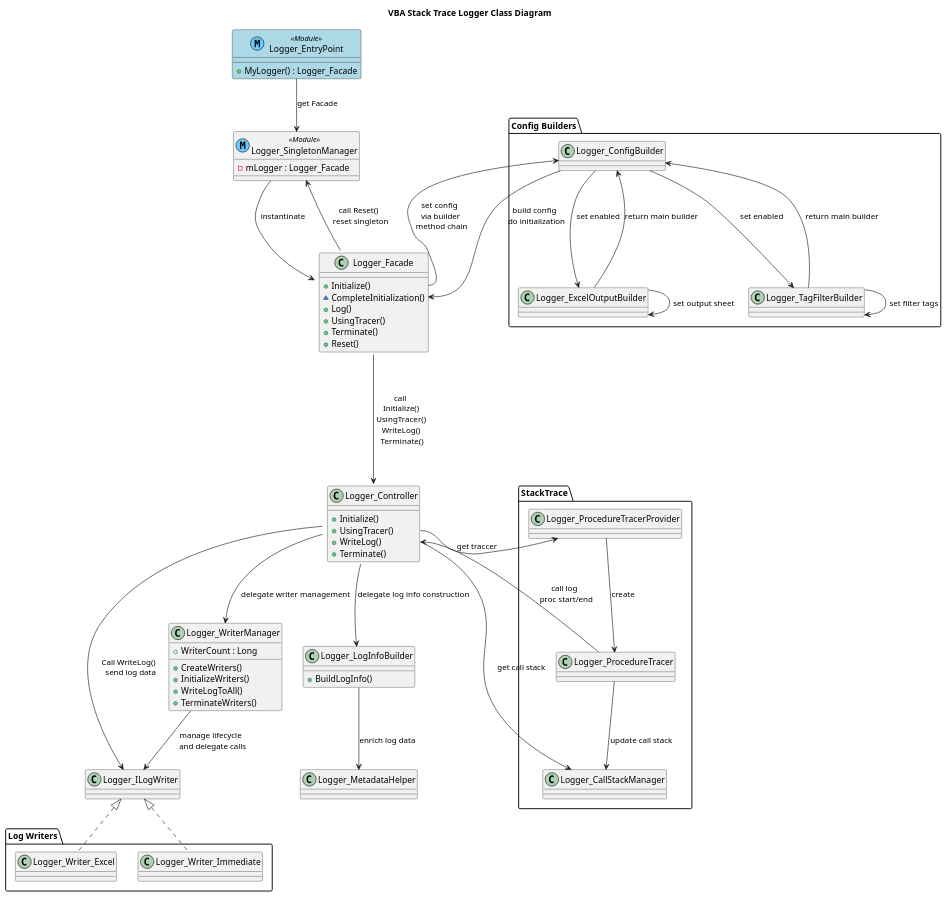
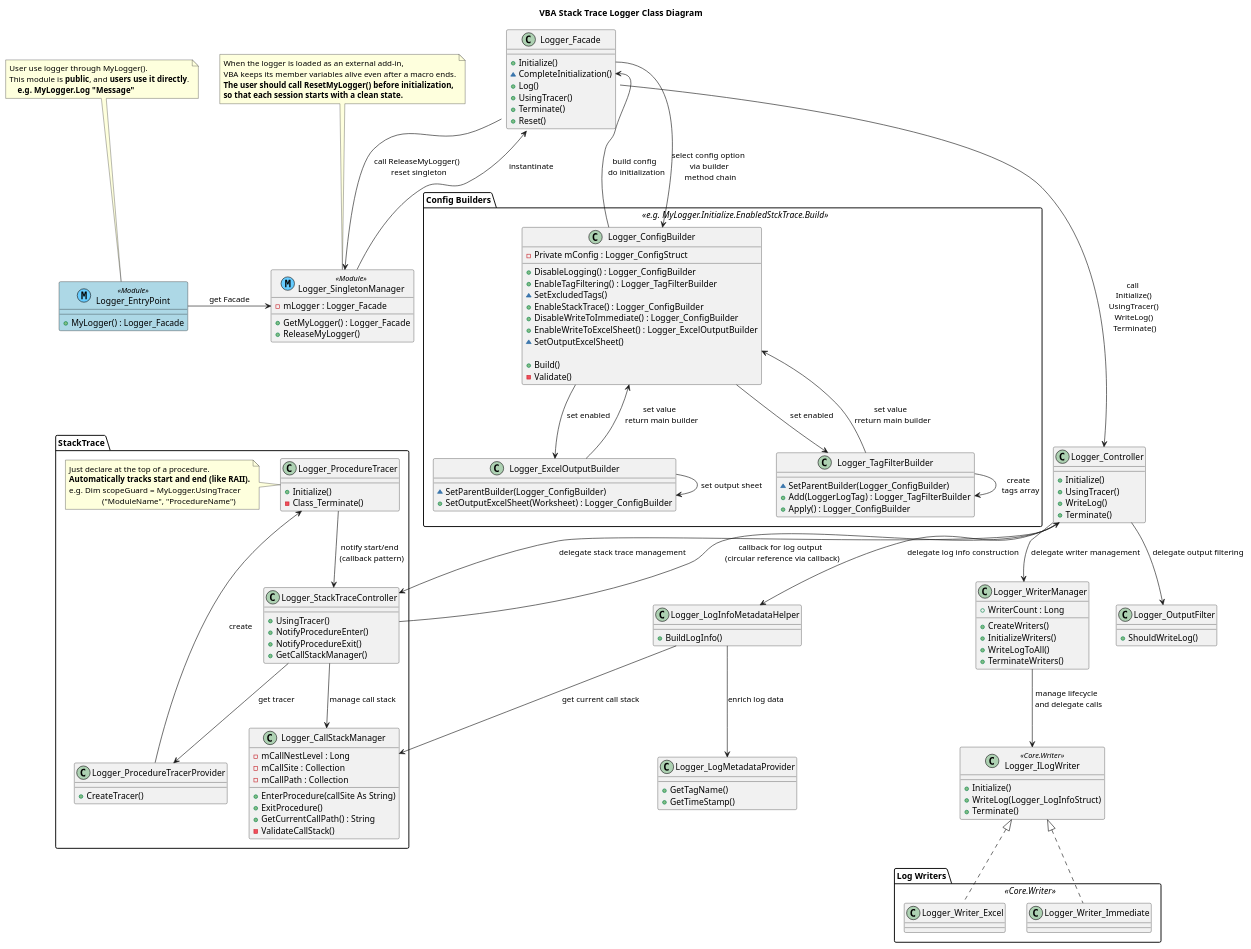
The diagram in docs/クラス図.puml (ryuryu333/vba_stack_trace_logger), drawn with PlantUML before and after one commit.

Commit message:
クラス図を更新

```diff
--- a/docs/クラス図.puml
+++ b/docs/クラス図.puml
@@ -1,15 +1,26 @@
 @startuml Class Diagram
 title VBA Stack Trace Logger Class Diagram
 
-' User use logger through Logger_EntryPoint.MyLogger
-' e.g. MyLogger.Log "Message"
 class Logger_EntryPoint << (M,66CCFF) Module >> #LightBlue ##black {
     + MyLogger() : Logger_Facade
 }
+note top of Logger_EntryPoint
+    User use logger through MyLogger().
+    This module is **public**, and **users use it directly**.
+        **e.g. MyLogger.Log "Message"**
+end note
 
 class Logger_SingletonManager << (M,66CCFF) Module >> {
     - mLogger : Logger_Facade
+    + GetMyLogger() : Logger_Facade
+    + ReleaseMyLogger()
 }
+note top of Logger_SingletonManager
+    When the logger is loaded as an external add-in,
+    VBA keeps its member variables alive even after a macro ends.
+    **The user should call ResetMyLogger() before initialization,**
+    **so that each session starts with a clean state.**
+end note
 
 ' Logger API
 class Logger_Facade {
@@ -20,10 +31,6 @@
     + Terminate()
     + Reset()
 }
-
-Logger_EntryPoint --> Logger_SingletonManager : get Facade
-Logger_SingletonManager --> Logger_Facade : instantinate
-Logger_Facade --> Logger_SingletonManager : call Reset() \n reset singleton
 
 ' Logger main logic
 ' e.g. "Logger_Facade.log" call "Logger_Controller.WriteLog"
@@ -44,86 +51,149 @@
 }
 
 ' Log information construction - extracted from Controller
-class Logger_LogInfoBuilder {
+class Logger_LogInfoMetadataHelper {
     + BuildLogInfo()
 }
 
-Logger_Facade ---> Logger_Controller : call \n Initialize() \n UsingTracer() \n WriteLog() \n Terminate()
-Logger_Controller --> Logger_WriterManager : delegate writer management
-Logger_Controller --> Logger_LogInfoBuilder : delegate log info construction
+' Metadata provider for log information
+class Logger_LogMetadataProvider {
+    + GetTagName()
+    + GetTimeStamp()
+}
+
+' Output filtering - extracted from Controller
+class Logger_OutputFilter {
+    + ShouldWriteLog()
+}
 
 ' User initialize logger through Logger_Facade.Initialize
 ' Setting values are defined through builders
 ' e.g. MyLogger.Initialize.EnabledStckTrace.Build
-package "Config Builders" {
+package "Config Builders" <<e.g. MyLogger.Initialize.EnabledStckTrace.Build>> {
     ' Main builder
     class Logger_ConfigBuilder {
+        - Private mConfig : Logger_ConfigStruct
+
+        + DisableLogging() : Logger_ConfigBuilder
+        + EnableTagFiltering() : Logger_TagFilterBuilder
+        ~ SetExcludedTags()
+        + EnableStackTrace() : Logger_ConfigBuilder
+        + DisableWriteToImmediate() : Logger_ConfigBuilder
+        + EnableWriteToExcelSheet() : Logger_ExcelOutputBuilder
+        ~ SetOutputExcelSheet()
+
+        + Build()
+        - Validate()
     }
     ' Sub builders
     ' When user call "Logger_ConfigBuilder.EnableWriteToExcelSheet",
     ' next chain is only "Logger_ExcelOutputBuilder.SetOutputExcelSheet"
     class Logger_ExcelOutputBuilder {
+        ~ SetParentBuilder(Logger_ConfigBuilder)
+        + SetOutputExcelSheet(Worksheet) : Logger_ConfigBuilder
     }
     class Logger_TagFilterBuilder {
+        ~ SetParentBuilder(Logger_ConfigBuilder)
+        + Add(LoggerLogTag) : Logger_TagFilterBuilder
+        + Apply() : Logger_ConfigBuilder
     }
 }
 
-Logger_Facade::Initialize --> Logger_ConfigBuilder : set config \n via builder \n method chain
-
-Logger_ConfigBuilder --> Logger_ExcelOutputBuilder : set enabled
-Logger_ExcelOutputBuilder --> Logger_ExcelOutputBuilder : set output sheet
-Logger_ExcelOutputBuilder --> Logger_ConfigBuilder : return main builder
-
-Logger_ConfigBuilder --> Logger_TagFilterBuilder : set enabled
-Logger_TagFilterBuilder --> Logger_TagFilterBuilder : set filter tags
-Logger_TagFilterBuilder --> Logger_ConfigBuilder : return main builder
-
-Logger_ConfigBuilder --> Logger_Facade::CompleteInitialization : build config \n do initialization
-
-' Enrich log data with metadata
-class Logger_MetadataHelper {
-}
-
-Logger_LogInfoBuilder --> Logger_MetadataHelper : enrich log data
+' Metadata provider (already defined above)
+' Logger_LogMetadataProvider defined in main section
 
 ' Strategy pattern
-class Logger_ILogWriter {
+class Logger_ILogWriter <<Core.Writer>> {
+    + Initialize()
+    + WriteLog(Logger_LogInfoStruct)
+    + Terminate()
 }
-package "Log Writers" {
+package "Log Writers" <<Core.Writer>> {
     class Logger_Writer_Excel {
     }
     class Logger_Writer_Immediate {
     }
 }
 
-Logger_Controller --> Logger_ILogWriter : Call WriteLog() \n send log data
-Logger_WriterManager --> Logger_ILogWriter : manage lifecycle \n and delegate calls
-Logger_ILogWriter <|.. Logger_Writer_Excel
-Logger_ILogWriter <|.. Logger_Writer_Immediate
-
 package "StackTrace" {
+    ' Stack trace management - extracted from Controller
+    class Logger_StackTraceController {
+        + UsingTracer()
+        + NotifyProcedureEnter()
+        + NotifyProcedureExit()
+        + GetCallStackManager()
+    }
     ' Manages call stack information
     class Logger_CallStackManager {
+        - mCallNestLevel : Long
+        - mCallSite : Collection
+        - mCallPath : Collection
+        + EnterProcedure(callSite As String)
+        + ExitProcedure()
+        + GetCurrentCallPath() : String
+        - ValidateCallStack()
     }
     ' Trace procedure start/end, and call methods
     ' Like RAII, catch start via constructor, end via destructor
     ' User instance this class in procedure first scope
     ' e.g. Dim scopeGuard = MyLogger.UsingTracer("ModuleName", "ProcedureName")
     class Logger_ProcedureTracer {
+        + Initialize()
+        - Class_Terminate()
     }
+    note left of Logger_ProcedureTracer
+        Just declare at the top of a procedure.
+        **Automatically tracks start and end (like RAII).**
+        e.g. Dim scopeGuard = MyLogger.UsingTracer
+                        ("ModuleName", "ProcedureName")
+    end note
     ' Provides procedure tracer instance
     class Logger_ProcedureTracerProvider {
+        + CreateTracer()
     }
-
-    Logger_Controller ---> Logger_CallStackManager : get call stack
-    Logger_Controller::UsingTracer ---> Logger_ProcedureTracerProvider : get traccer
-    Logger_ProcedureTracerProvider --> Logger_ProcedureTracer : create
-    Logger_ProcedureTracer --> Logger_CallStackManager : update call stack
-    Logger_ProcedureTracer --> Logger_Controller::WriteLog  : call log \n proc start/end
 }
 
+' ====== relationship ======
+' === API ===
+' Note: User --> Logger_EntryPoint : call MyLogger & get Facade
+Logger_EntryPoint -> Logger_SingletonManager : get Facade
+Logger_SingletonManager --> Logger_Facade : instantinate
+Logger_Facade --> Logger_SingletonManager : call ReleaseMyLogger() \n reset singleton
+' === Logger Initilize & build config ===
+Logger_Facade::Initialize --> Logger_ConfigBuilder : select config option \n via builder \n method chain
+Logger_ConfigBuilder --> Logger_Facade::CompleteInitialization : build config \n do initialization
+' Main builder
+Logger_ConfigBuilder --> Logger_ExcelOutputBuilder : set enabled
+Logger_ConfigBuilder --> Logger_TagFilterBuilder : set enabled
+' Sub builders
+Logger_ExcelOutputBuilder --> Logger_ExcelOutputBuilder : set output sheet
+Logger_ExcelOutputBuilder --> Logger_ConfigBuilder : set value \n return main builder
+Logger_TagFilterBuilder --> Logger_TagFilterBuilder : create \n tags array
+Logger_TagFilterBuilder --> Logger_ConfigBuilder : set value \n rreturn main builder
+' === Core Logic ===
+Logger_Facade ---> Logger_Controller : call \n Initialize() \n UsingTracer() \n WriteLog() \n Terminate()
+Logger_Controller --> Logger_WriterManager : delegate writer management
+Logger_Controller --> Logger_LogInfoMetadataHelper : delegate log info construction
+Logger_Controller --> Logger_OutputFilter : delegate output filtering
+Logger_Controller --> Logger_StackTraceController : delegate stack trace management
+Logger_StackTraceController --> Logger_Controller : callback for log output \n (circular reference via callback)
+' === Writers ===
+Logger_WriterManager --> Logger_ILogWriter : manage lifecycle \n and delegate calls
+Logger_ILogWriter <|.. Logger_Writer_Excel
+Logger_ILogWriter <|.. Logger_Writer_Immediate
+' === stack trace ===
+Logger_StackTraceController --> Logger_CallStackManager : manage call stack
+Logger_StackTraceController --> Logger_ProcedureTracerProvider : get tracer
+Logger_ProcedureTracerProvider --> Logger_ProcedureTracer : create
+Logger_ProcedureTracer --> Logger_StackTraceController : notify start/end \n (callback pattern)
+Logger_LogInfoMetadataHelper --> Logger_CallStackManager : get current call stack
+
+
+Logger_LogInfoMetadataHelper --> Logger_LogMetadataProvider : enrich log data
+
+
 remove @unlinked
-'===  hidden classes ===
+' ===  hidden classes ===
 class Logger_LogInfoStruct {
 }
 class Logger_ConfigStruct {
```
